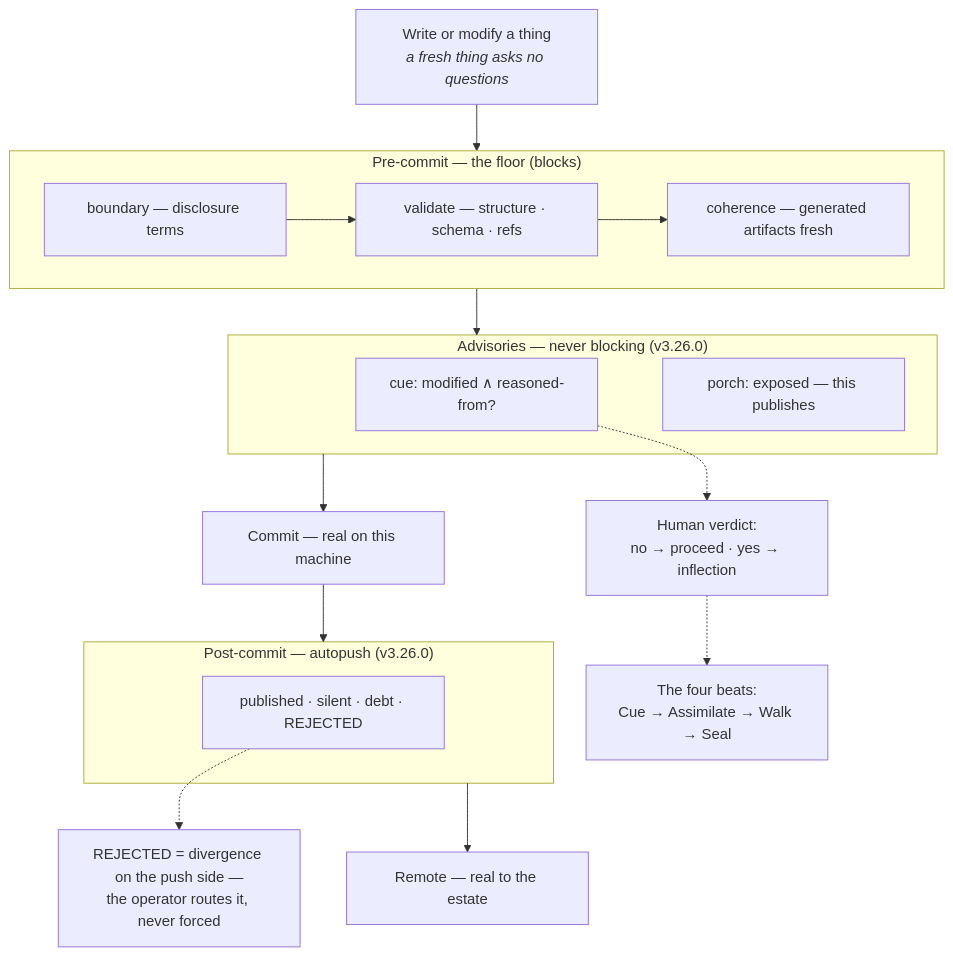
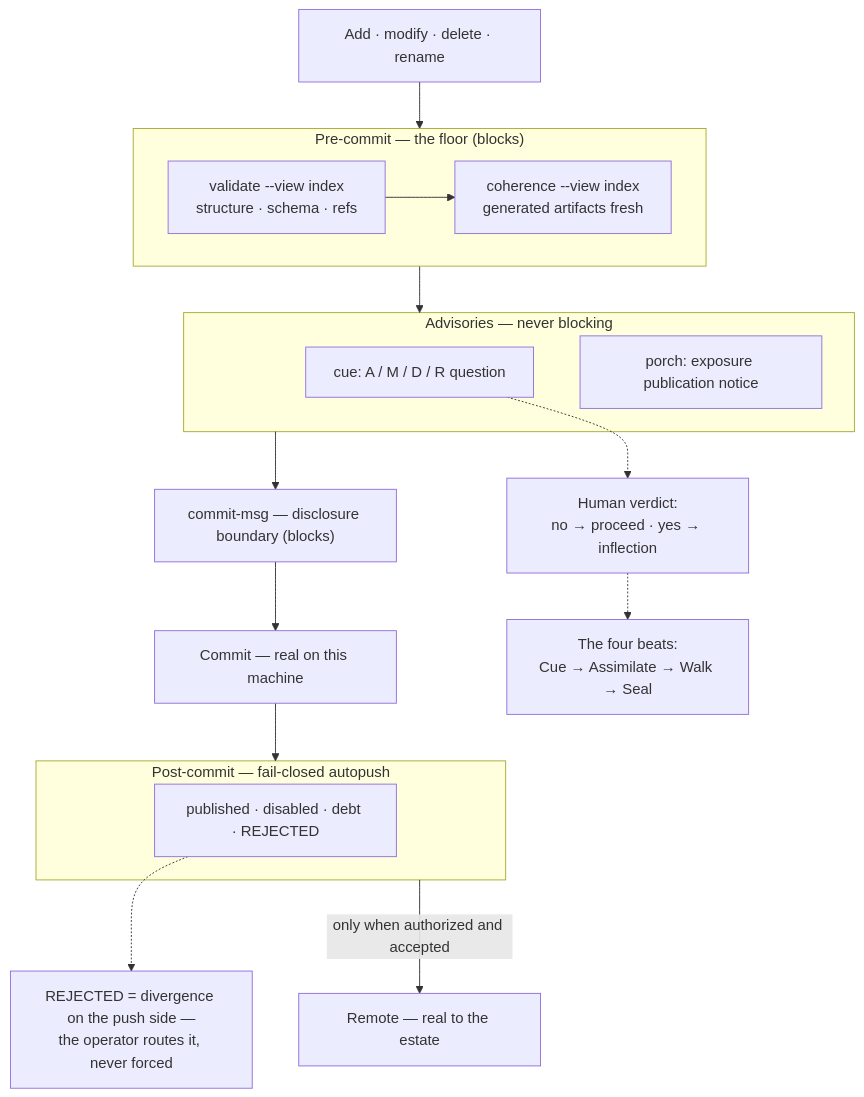
One commit to JanoshMoshiri/MarkdownLLM changed the first of 4 diagrams in docs/estate-mechanics.md. Above: the diagram before and after it, drawn with Mermaid. The commit also changed other lines of this file and 32 other files, not shown here.

````diff
--- a/docs/estate-mechanics.md
+++ b/docs/estate-mechanics.md
@@ -44,36 +49,38 @@
 ```mermaid
 flowchart TD
     accTitle: The life of one commit inside a single domain
     accDescr {
         A left-to-right sequence with two rails. Writing or modifying a thing
-        enters the pre-commit floor, which blocks on three gates in order:
-        boundary for disclosure terms, validate for structure, schema and
-        references, then coherence for generated artifacts. Next come two
+        enters the pre-commit floor, which blocks on validation for structure,
+        schema and references, then coherence for generated artifacts, all over
+        the frozen index candidate. Next come two
         advisories that never block: the cue question asking whether the change
-        is modified and reasoned-from, and the porch notice that an exposed
-        thing publishes. The commit then lands, post-commit autopush transports
-        it with one of four outcomes - published, silent, debt or REJECTED - and
-        it reaches the remote. Branching off the mechanical rail, the cue
+        matches the A/M/D/R change class, and the porch notice that an exposed
+        thing would publish. The commit-message disclosure gate then blocks on
+        boundary terms. The commit lands; post-commit autopush transports it only
+        under literal true policy, with published, disabled, debt or REJECTED
+        outcomes. Branching off the mechanical rail, the cue
         advisory feeds a human verdict: no proceeds, yes declares an inflection
         which runs the four beats Cue, Assimilate, Walk, Seal. A REJECTED push
         is divergence on the push side, routed by the operator and never forced.
     }
-    W["Write or modify a thing<br/><i>a fresh thing asks no questions</i>"]
+    W["Add · modify · delete · rename"]
     subgraph FLOOR["Pre-commit — the floor (blocks)"]
-        B["boundary — disclosure terms"] --> V["validate — structure · schema · refs"]
-        V --> C["coherence — generated artifacts fresh"]
+        V["validate --view index<br/>structure · schema · refs"] --> C["coherence --view index<br/>generated artifacts fresh"]
     end
-    subgraph ADV["Advisories — never blocking (v3.26.0)"]
-        Q["cue: modified ∧ reasoned-from?"]
-        P["porch: exposed — this publishes"]
+    subgraph ADV["Advisories — never blocking"]
+        Q["cue: A / M / D / R question"]
+        P["porch: exposure publication notice"]
     end
+    B["commit-msg — disclosure boundary (blocks)"]
     K["Commit — real on this machine"]
-    subgraph AP["Post-commit — autopush (v3.26.0)"]
-        O["published · silent · debt · REJECTED"]
+    subgraph AP["Post-commit — fail-closed autopush"]
+        O["published · disabled · debt · REJECTED"]
     end
     R["Remote — real to the estate"]
-    W --> FLOOR --> ADV --> K --> AP --> R
+    W --> FLOOR --> ADV --> B --> K --> AP
+    AP -->|"only when authorized and accepted"| R
     Q -.-> H["Human verdict:<br/>no → proceed · yes → inflection"]
     H -.-> FB["The four beats:<br/>Cue → Assimilate → Walk → Seal"]
     O -.-> RT["REJECTED = divergence on the push side —<br/>the operator routes it, never forced"]
 ```
````
